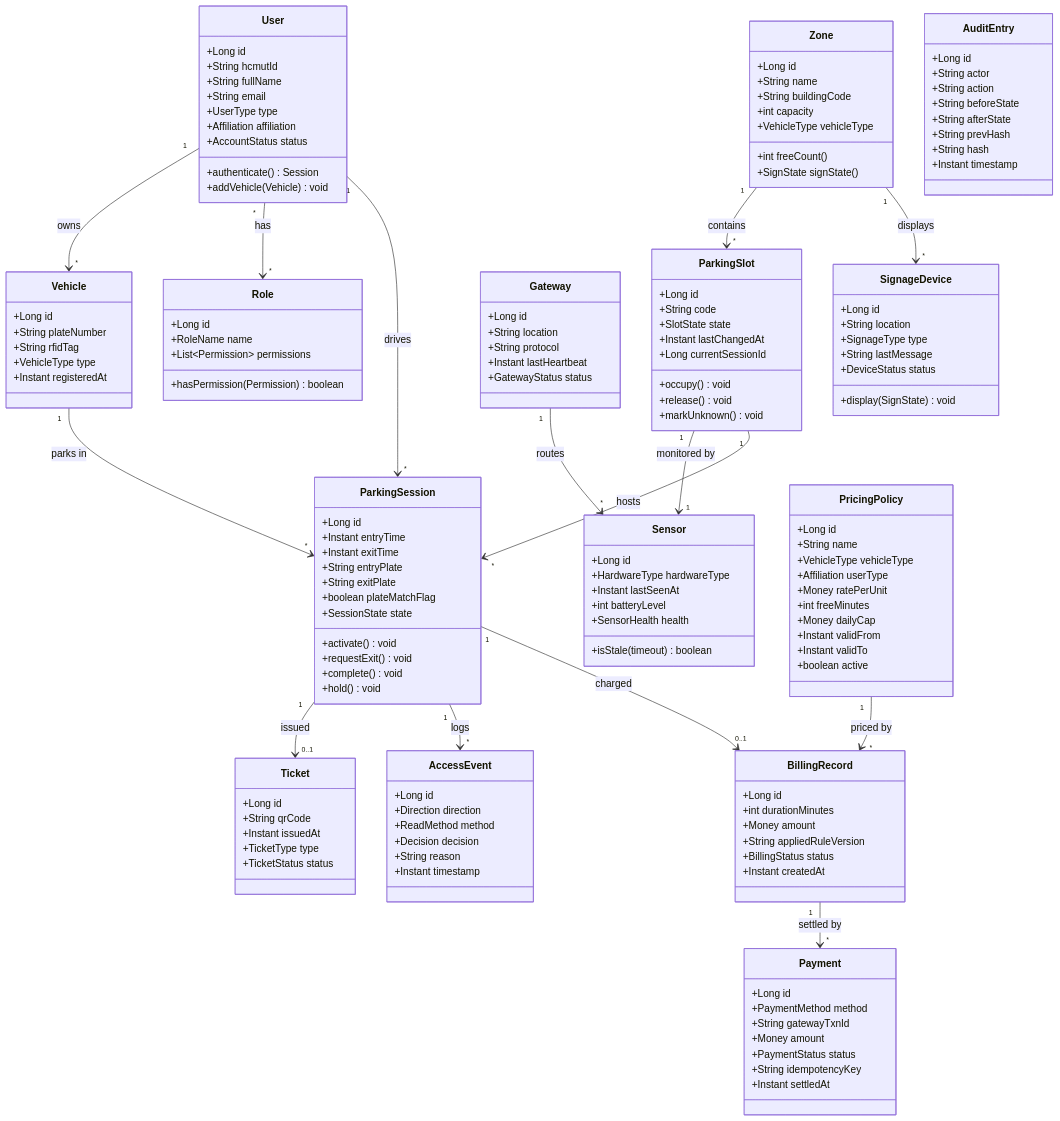
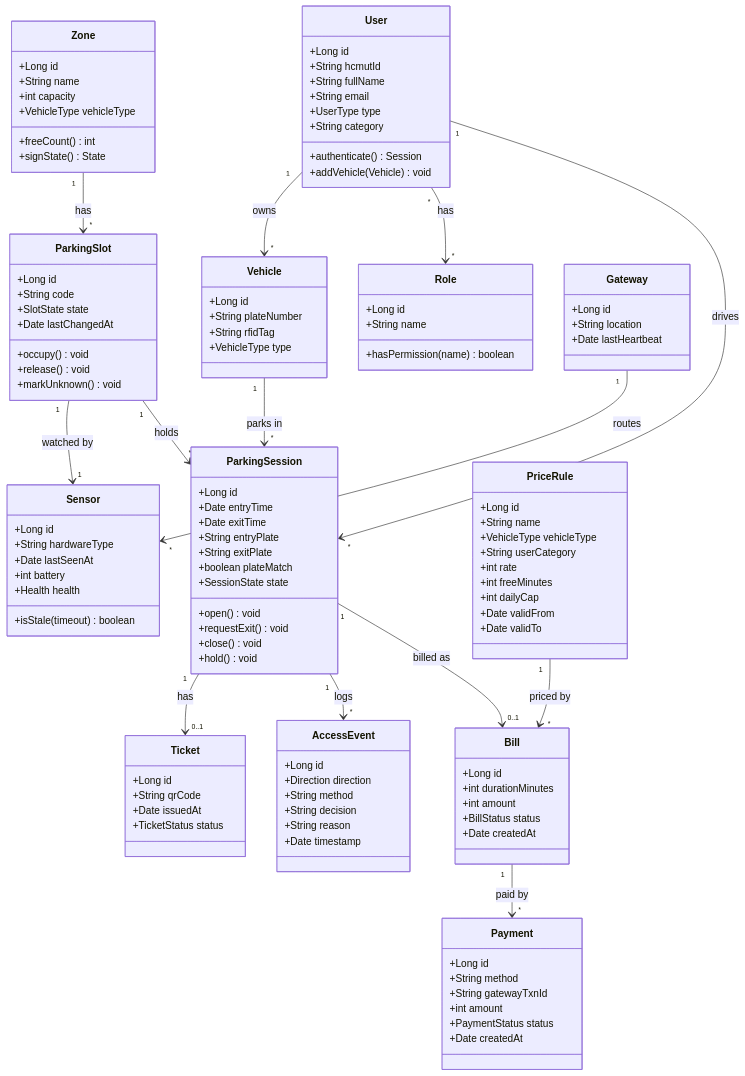
One commit to XeminoL/SmartParking_-IoT-SPMS- changed the third of 4 diagrams in docs/03-design.md. Above: the diagram before and after it, drawn with Mermaid. The commit also changed other lines of this file and 14 other files, not shown here.

````diff
--- a/docs/03-design.md
+++ b/docs/03-design.md
@@ -177,146 +168,116 @@
         +String fullName
         +String email
         +UserType type
-        +Affiliation affiliation
-        +AccountStatus status
+        +String category
         +authenticate() Session
         +addVehicle(Vehicle) void
     }
     class Role {
         +Long id
-        +RoleName name
-        +List~Permission~ permissions
-        +hasPermission(Permission) boolean
+        +String name
+        +hasPermission(name) boolean
     }
     class Vehicle {
         +Long id
         +String plateNumber
         +String rfidTag
         +VehicleType type
-        +Instant registeredAt
     }
     class Zone {
         +Long id
         +String name
-        +String buildingCode
         +int capacity
         +VehicleType vehicleType
-        +int freeCount()
-        +SignState signState()
+        +freeCount() int
+        +signState() State
     }
     class ParkingSlot {
         +Long id
         +String code
         +SlotState state
-        +Instant lastChangedAt
-        +Long currentSessionId
+        +Date lastChangedAt
         +occupy() void
         +release() void
         +markUnknown() void
     }
     class Sensor {
         +Long id
-        +HardwareType hardwareType
-        +Instant lastSeenAt
-        +int batteryLevel
-        +SensorHealth health
+        +String hardwareType
+        +Date lastSeenAt
+        +int battery
+        +Health health
         +isStale(timeout) boolean
     }
     class Gateway {
         +Long id
         +String location
-        +String protocol
-        +Instant lastHeartbeat
-        +GatewayStatus status
+        +Date lastHeartbeat
     }
     class ParkingSession {
         +Long id
-        +Instant entryTime
-        +Instant exitTime
+        +Date entryTime
+        +Date exitTime
         +String entryPlate
         +String exitPlate
-        +boolean plateMatchFlag
+        +boolean plateMatch
         +SessionState state
-        +activate() void
+        +open() void
         +requestExit() void
-        +complete() void
+        +close() void
         +hold() void
     }
     class Ticket {
         +Long id
         +String qrCode
-        +Instant issuedAt
-        +TicketType type
+        +Date issuedAt
         +TicketStatus status
     }
     class AccessEvent {
         +Long id
         +Direction direction
-        +ReadMethod method
-        +Decision decision
+        +String method
+        +String decision
         +String reason
-        +Instant timestamp
+        +Date timestamp
     }
-    class PricingPolicy {
+    class PriceRule {
         +Long id
         +String name
         +VehicleType vehicleType
-        +Affiliation userType
-        +Money ratePerUnit
+        +String userCategory
+        +int rate
         +int freeMinutes
-        +Money dailyCap
-        +Instant validFrom
-        +Instant validTo
-        +boolean active
+        +int dailyCap
+        +Date validFrom
+        +Date validTo
     }
-    class BillingRecord {
+    class Bill {
         +Long id
         +int durationMinutes
-        +Money amount
-        +String appliedRuleVersion
-        +BillingStatus status
-        +Instant createdAt
+        +int amount
+        +BillStatus status
+        +Date createdAt
     }
     class Payment {
         +Long id
-        +PaymentMethod method
+        +String method
         +String gatewayTxnId
-        +Money amount
+        +int amount
         +PaymentStatus status
-        +String idempotencyKey
-        +Instant settledAt
-    }
-    class SignageDevice {
-        +Long id
-        +String location
-        +SignageType type
-        +String lastMessage
-        +DeviceStatus status
-        +display(SignState) void
-    }
-    class AuditEntry {
-        +Long id
-        +String actor
-        +String action
-        +String beforeState
-        +String afterState
-        +String prevHash
-        +String hash
-        +Instant timestamp
+        +Date createdAt
     }
 
     User "1" --> "*" Vehicle : owns
     User "*" --> "*" Role : has
     User "1" --> "*" ParkingSession : drives
-    Zone "1" --> "*" ParkingSlot : contains
-    ParkingSlot "1" --> "1" Sensor : monitored by
+    Zone "1" --> "*" ParkingSlot : has
+    ParkingSlot "1" --> "1" Sensor : watched by
     Gateway "1" --> "*" Sensor : routes
     Vehicle "1" --> "*" ParkingSession : parks in
-    ParkingSlot "1" --> "*" ParkingSession : hosts
-    ParkingSession "1" --> "0..1" Ticket : issued
+    ParkingSlot "1" --> "*" ParkingSession : holds
+    ParkingSession "1" --> "0..1" Ticket : has
     ParkingSession "1" --> "*" AccessEvent : logs
-    ParkingSession "1" --> "0..1" BillingRecord : charged
-    BillingRecord "1" --> "*" Payment : settled by
-    PricingPolicy "1" --> "*" BillingRecord : priced by
-    Zone "1" --> "*" SignageDevice : displays
+    ParkingSession "1" --> "0..1" Bill : billed as
+    Bill "1" --> "*" Payment : paid by
+    PriceRule "1" --> "*" Bill : priced by
 ```
````
